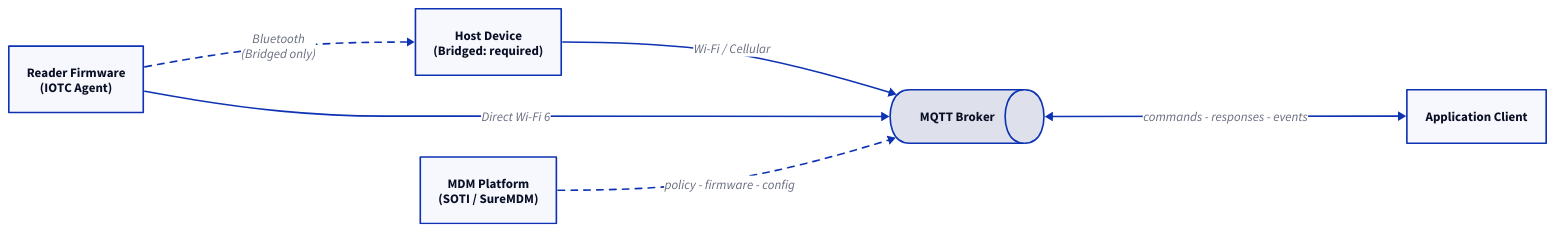
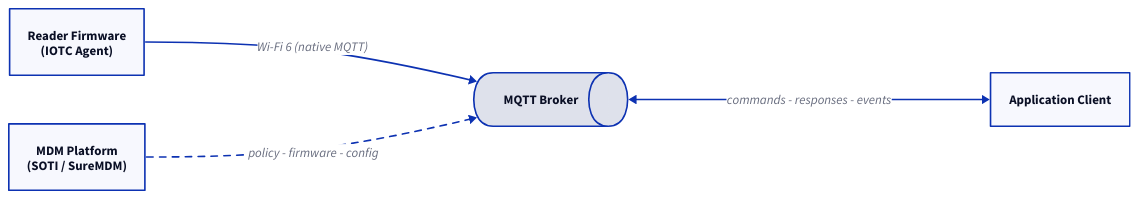
One commit to admiral-ai/zebra-handheld-rfid-iotc changed the diagram in docs/foundations/actors.md. Above: the diagram before and after it, drawn with D2. The commit also changed other lines of this file and 72 other files, not shown here.

First line of the commit message:
Remove RFD40 Standard, the host/Bridged model, and SOTI-only commands

````diff
--- a/docs/foundations/actors.md
+++ b/docs/foundations/actors.md
@@ -12,14 +12,10 @@
 ```d2
 direction: right
 R: "Reader Firmware\n(IOTC Agent)"
-H: "Host Device\n(Bridged: required)"
 B: MQTT Broker { shape: queue }
 A: Application Client
 M: "MDM Platform\n(SOTI / SureMDM)"
-R -> H: "Bluetooth\n(Bridged only)" { style.stroke-dash: 4 }
-H -> B: Wi-Fi / Cellular
-R -> B: Direct Wi-Fi 6
+R -> B: Wi-Fi 6 (native MQTT)
 B <-> A: "commands - responses - events"
 M -> B: "policy - firmware - config" { style.stroke-dash: 4 }
-
 ```
````
